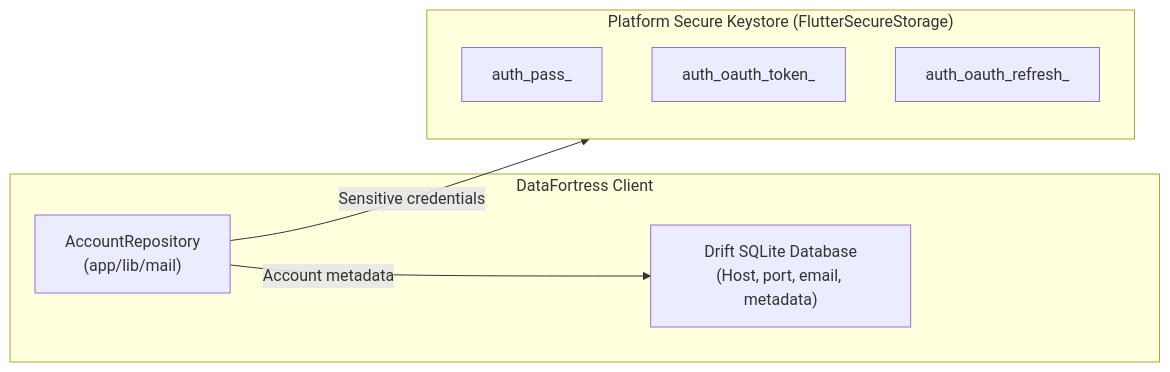
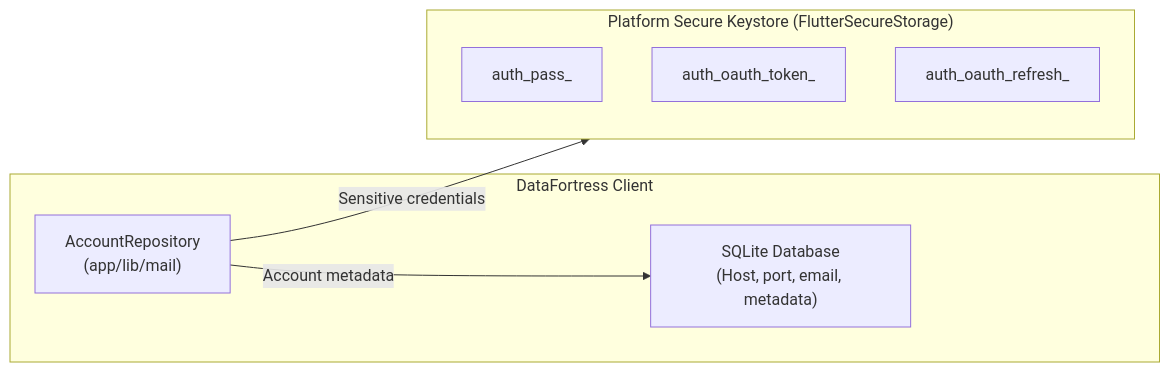
One commit to JustinGuese/flutter-spamfiltering-emailclient changed the diagram in docs/concepts/privacy-model.md. Above: the diagram before and after it, drawn with Mermaid. The commit also changed 12 other files, not shown here.

Commit message:
add CLAUDE.md; correct docs: SQLite not Drift, real file names, pending_imap_actions, sync PUT

````diff
--- a/docs/concepts/privacy-model.md
+++ b/docs/concepts/privacy-model.md
@@ -63,16 +63,16 @@
 ```mermaid
 graph LR
     subgraph Client ["DataFortress Client"]
         Repo["AccountRepository<br/>(app/lib/mail)"]
-        SQLite["Drift SQLite Database<br/>(Host, port, email, metadata)"]
+        SQLite["SQLite Database<br/>(Host, port, email, metadata)"]
     end
 
     subgraph SecureKeyring ["Platform Secure Keystore (FlutterSecureStorage)"]
         Pass["auth_pass_<accountId>"]
         OAuth["auth_oauth_token_<accountId>"]
         Refresh["auth_oauth_refresh_<accountId>"]
     end
 
     Repo -->|Account metadata| SQLite
     Repo -->|Sensitive credentials| SecureKeyring
 ```
````
